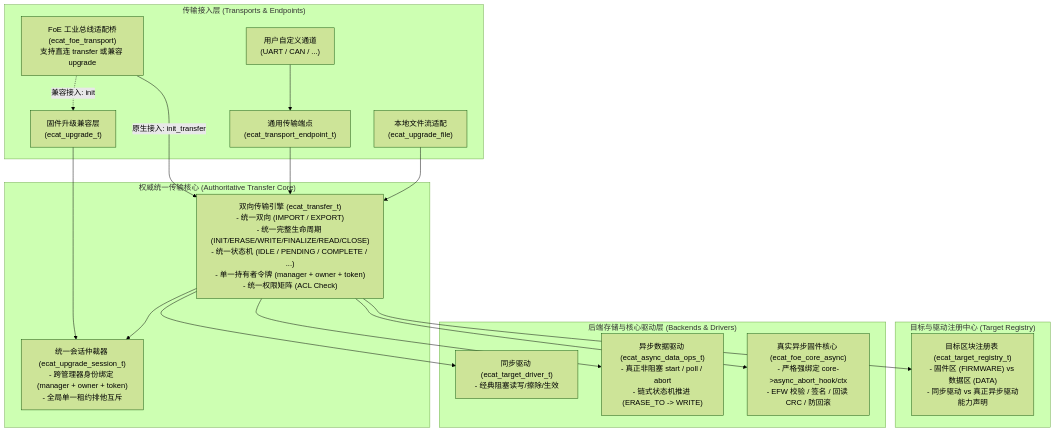
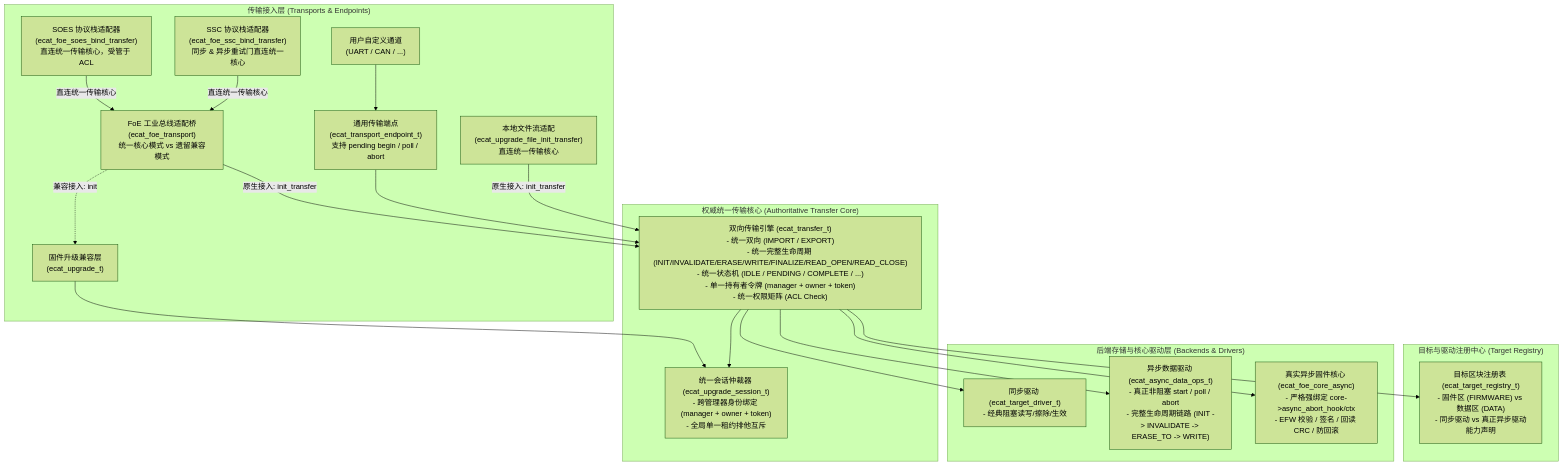
The first of 3 diagrams in docs/architecture/unified-transfer-architecture.md (LckAndLove/embed-ldr), drawn with Mermaid (forest theme) before and after one commit. The commit also changed other lines of this file, not shown here.

First line of the commit message:
docs(architecture): document direct transfer binding and migration path for SOES, SSC and file stream

````diff
--- a/docs/architecture/unified-transfer-architecture.md
+++ b/docs/architecture/unified-transfer-architecture.md
@@ -15,38 +15,42 @@
 ```mermaid
 flowchart TD
     subgraph Transports["传输接入层 (Transports & Endpoints)"]
-        FoE["FoE 工业总线适配桥\n(ecat_foe_transport)\n支持直连 transfer 或兼容 upgrade"]
-        Endpoint["通用传输端点\n(ecat_transport_endpoint_t)"]
-        File["本地文件流适配\n(ecat_upgrade_file)"]
+        SOES["SOES 协议栈适配器\n(ecat_foe_soes_bind_transfer)\n直连统一传输核心，受管于 ACL"]
+        SSC["SSC 协议栈适配器\n(ecat_foe_ssc_bind_transfer)\n同步 & 异步重试门直连统一核心"]
+        FoE["FoE 工业总线适配桥\n(ecat_foe_transport)\n统一核心模式 vs 遗留兼容模式"]
+        Endpoint["通用传输端点\n(ecat_transport_endpoint_t)\n支持 pending begin / poll / abort"]
+        File["本地文件流适配\n(ecat_upgrade_file_init_transfer)\n直连统一传输核心"]
         Custom["用户自定义通道\n(UART / CAN / ...)"]
         Legacy["固件升级兼容层\n(ecat_upgrade_t)"]
     end
 
     subgraph Core["权威统一传输核心 (Authoritative Transfer Core)"]
-        TransferMgr["双向传输引擎 (ecat_transfer_t)\n- 统一双向 (IMPORT / EXPORT)\n- 统一完整生命周期 (INIT/ERASE/WRITE/FINALIZE/READ/CLOSE)\n- 统一状态机 (IDLE / PENDING / COMPLETE / ...)\n- 单一持有者令牌 (manager + owner + token)\n- 统一权限矩阵 (ACL Check)"]
+        TransferMgr["双向传输引擎 (ecat_transfer_t)\n- 统一双向 (IMPORT / EXPORT)\n- 统一完整生命周期 (INIT/INVALIDATE/ERASE/WRITE/FINALIZE/READ_OPEN/READ_CLOSE)\n- 统一状态机 (IDLE / PENDING / COMPLETE / ...)\n- 单一持有者令牌 (manager + owner + token)\n- 统一权限矩阵 (ACL Check)"]
         SharedSession["统一会话仲裁器 (ecat_upgrade_session_t)\n- 跨管理器身份绑定 (manager + owner + token)\n- 全局单一租约排他互斥"]
     end
 
     subgraph Registry["目标与驱动注册中心 (Target Registry)"]
         TargetReg["目标区块注册表 (ecat_target_registry_t)\n- 固件区 (FIRMWARE) vs 数据区 (DATA)\n- 同步驱动 vs 真正异步驱动能力声明"]
     end
 
     subgraph Drivers["后端存储与核心驱动层 (Backends & Drivers)"]
         SyncDrv["同步驱动 (ecat_target_driver_t)\n- 经典阻塞读写/擦除/生效"]
-        AsyncDataDrv["异步数据驱动 (ecat_async_data_ops_t)\n- 真正非阻塞 start / poll / abort\n- 链式状态机推进 (ERASE_TO -> WRITE)"]
+        AsyncDataDrv["异步数据驱动 (ecat_async_data_ops_t)\n- 真正非阻塞 start / poll / abort\n- 完整生命周期链路 (INIT -> INVALIDATE -> ERASE_TO -> WRITE)"]
         AsyncFwCore["真实异步固件核心 (ecat_foe_core_async)\n- 严格强绑定 core->async_abort_hook/ctx\n- EFW 校验 / 签名 / 回读 CRC / 防回滚"]
     end
 
+    SOES -->|直连统一传输核心| FoE
+    SSC -->|直连统一传输核心| FoE
     FoE -->|原生接入: init_transfer| TransferMgr
     FoE -.->|兼容接入: init| Legacy
     Legacy --> SharedSession
     Endpoint --> TransferMgr
-    File --> TransferMgr
+    File -->|原生接入: init_transfer| TransferMgr
     Custom --> Endpoint
 
     TransferMgr --> SharedSession
     TransferMgr --> TargetReg
     TransferMgr --> SyncDrv
     TransferMgr --> AsyncDataDrv
     TransferMgr --> AsyncFwCore
 ```
````
